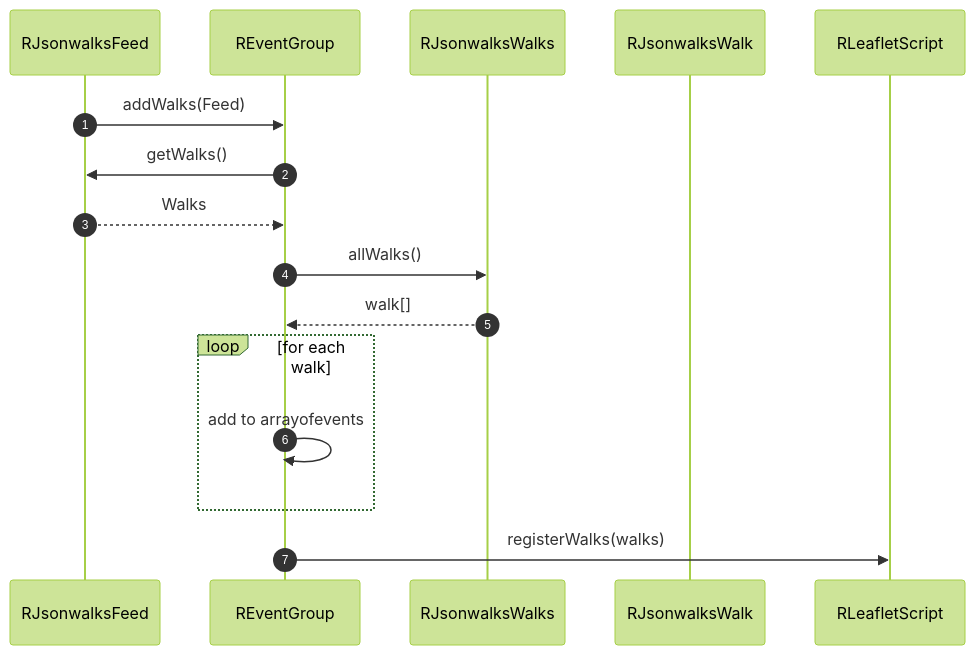
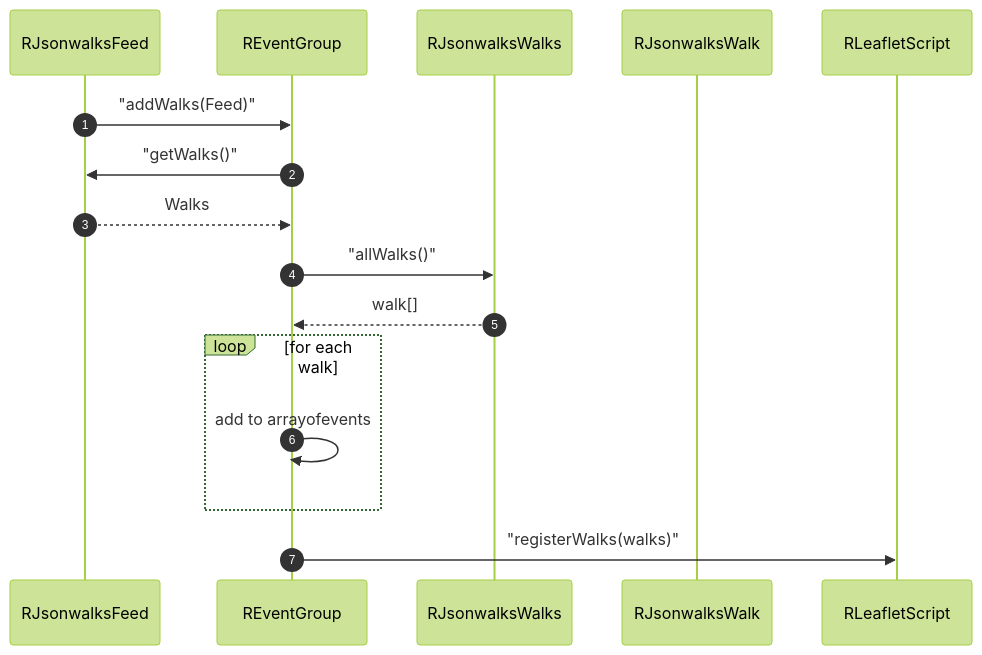
One commit to pauljrhodes/ramblers-library changed the second of 3 diagrams in event/HLD.md. Above: the diagram before and after it, drawn with Mermaid (forest theme). The commit also changed other lines of this file and 33 other files, not shown here.

Commit message:
Normalize Mermaid diagrams for GitHub rendering

````diff
--- a/event/HLD.md
+++ b/event/HLD.md
@@ -180,19 +180,19 @@
 ```mermaid
 sequenceDiagram
     autonumber
     participant Feed as RJsonwalksFeed
     participant EventGroup as REventGroup
     participant Walks as RJsonwalksWalks
     participant Walk as RJsonwalksWalk
     participant LeafletScript as RLeafletScript
 
-    Feed->>EventGroup: addWalks(Feed)
-    EventGroup->>Feed: getWalks()
+    Feed->>EventGroup: "addWalks(Feed)"
+    EventGroup->>Feed: "getWalks()"
     Feed-->>EventGroup: Walks
-    EventGroup->>Walks: allWalks()
+    EventGroup->>Walks: "allWalks()"
     Walks-->>EventGroup: walk[]
     loop for each walk
         EventGroup->>EventGroup: add to arrayofevents
     end
-    EventGroup->>LeafletScript: registerWalks(walks)
+    EventGroup->>LeafletScript: "registerWalks(walks)"
 ```
````
